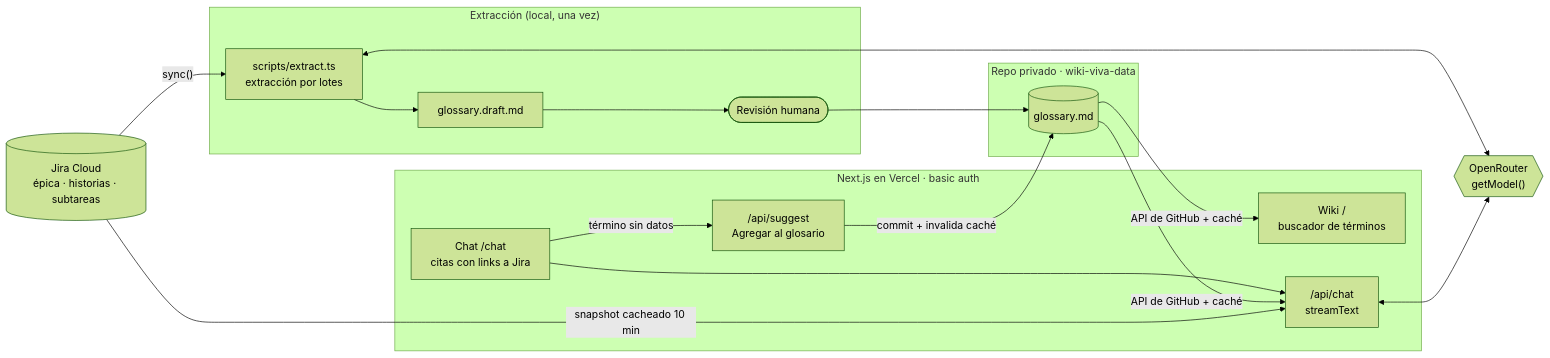
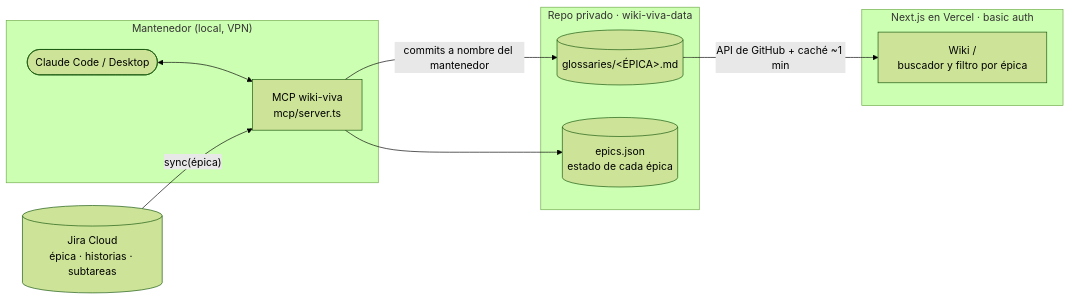
Before and after one commit to iarrascaeta-flock/wiki-viva: the diagram in README.md, drawn with Mermaid (forest theme). The commit also changed other lines of this file and 28 other files, not shown here.

First line of the commit message:
feat: MCP local para mantenedores y wiki de solo lectura por épica

````diff
--- a/README.md
+++ b/README.md
@@ -12,34 +10,24 @@
 ```mermaid
 flowchart LR
     JIRA[("Jira Cloud<br/>épica · historias · subtareas")]
-    LLM{{"OpenRouter<br/>getModel()"}}
 
-    subgraph EXTRACCION["Extracción (local, una vez)"]
-        EXT["scripts/extract.ts<br/>extracción por lotes"]
-        DRAFT["glossary.draft.md"]
-        REV(["Revisión humana"])
-        EXT --> DRAFT --> REV
+    subgraph LOCAL["Mantenedor (local, VPN)"]
+        CLAUDE(["Claude Code / Desktop"])
+        MCP["MCP wiki-viva<br/>mcp/server.ts"]
+        CLAUDE <--> MCP
     end
 
     subgraph DATOS["Repo privado · wiki-viva-data"]
-        GLOS[("glossary.md")]
+        GLOS[("glossaries/&lt;ÉPICA&gt;.md")]
+        EPICS[("epics.json<br/>estado de cada épica")]
     end
 
     subgraph APP["Next.js en Vercel · basic auth"]
-        WIKI["Wiki /<br/>buscador de términos"]
-        CHATUI["Chat /chat<br/>citas con links a Jira"]
-        CHATAPI["/api/chat<br/>streamText"]
-        SUGGEST["/api/suggest<br/>Agregar al glosario"]
-        CHATUI --> CHATAPI
+        WIKI["Wiki /<br/>buscador y filtro por épica"]
     end
 
-    JIRA -- "sync()" --> EXT
-    EXT <--> LLM
-    REV --> GLOS
-    GLOS -- "API de GitHub + caché" --> WIKI
-    GLOS -- "API de GitHub + caché" --> CHATAPI
-    JIRA -- "snapshot cacheado 10 min" --> CHATAPI
-    CHATAPI <--> LLM
-    CHATUI -- "término sin datos" --> SUGGEST
-    SUGGEST -- "commit + invalida caché" --> GLOS
+    JIRA -- "sync(épica)" --> MCP
+    MCP -- "commits a nombre del mantenedor" --> GLOS
+    MCP --> EPICS
+    GLOS -- "API de GitHub + caché ~1 min" --> WIKI
 ```
````
